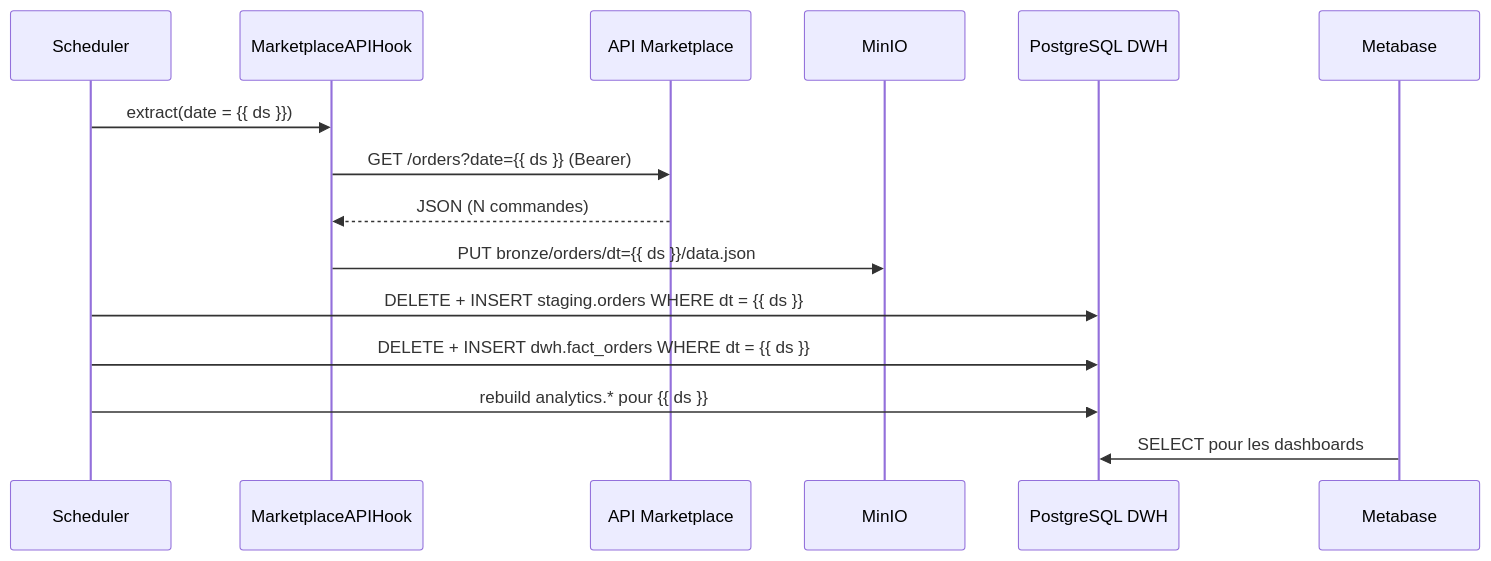
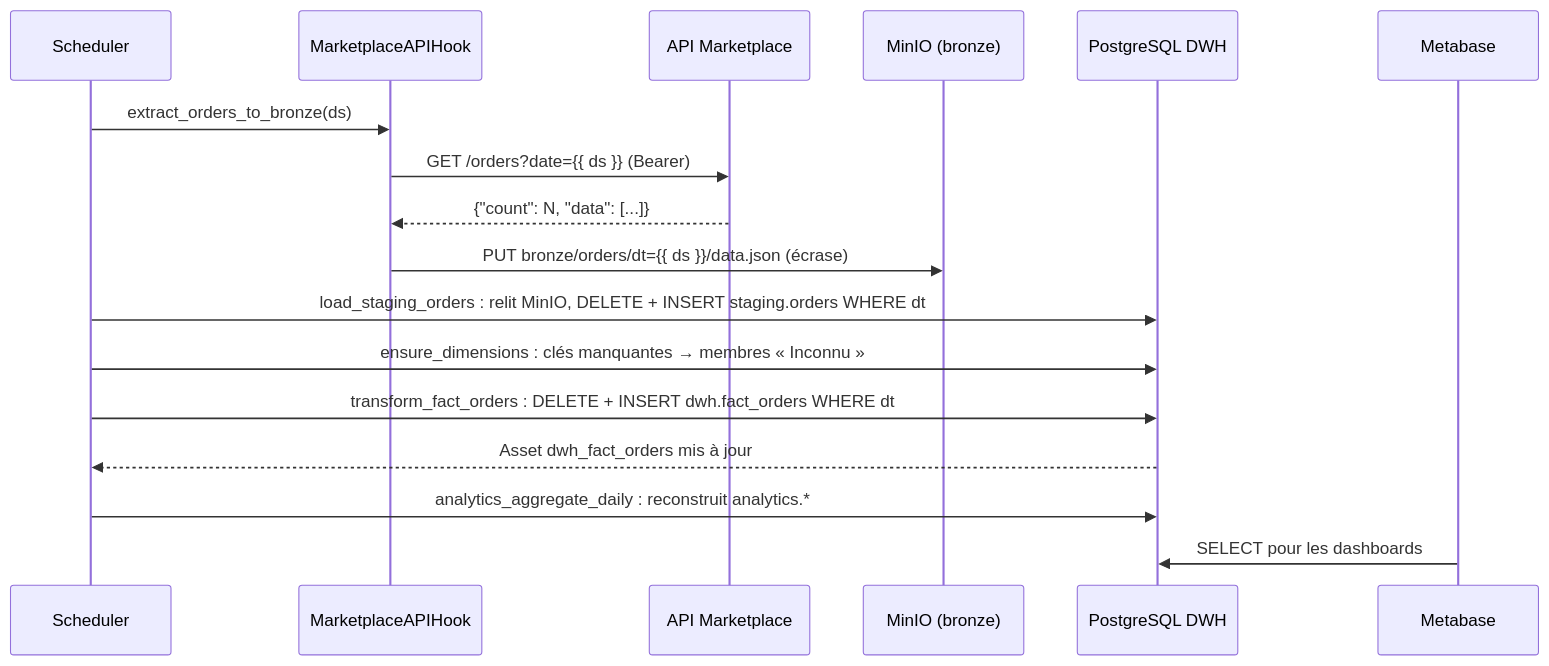
The second of 4 diagrams in README.md (Nassim-Bzr/MarketPlace_Analytics), drawn with Mermaid before and after one commit. The commit also changed other lines of this file and 26 other files, not shown here.

````diff
--- a/README.md
+++ b/README.md
@@ -138,18 +99,20 @@
 ```mermaid
 sequenceDiagram
     participant S as Scheduler
     participant H as MarketplaceAPIHook
     participant A as API Marketplace
-    participant M as MinIO
+    participant M as MinIO (bronze)
     participant P as PostgreSQL DWH
     participant MB as Metabase
 
-    S->>H: extract(date = {{ ds }})
+    S->>H: extract_orders_to_bronze(ds)
     H->>A: GET /orders?date={{ ds }} (Bearer)
-    A-->>H: JSON (N commandes)
-    H->>M: PUT bronze/orders/dt={{ ds }}/data.json
-    S->>P: DELETE + INSERT staging.orders WHERE dt = {{ ds }}
-    S->>P: DELETE + INSERT dwh.fact_orders WHERE dt = {{ ds }}
-    S->>P: rebuild analytics.* pour {{ ds }}
+    A-->>H: {"count": N, "data": [...]}
+    H->>M: PUT bronze/orders/dt={{ ds }}/data.json (écrase)
+    S->>P: load_staging_orders : relit MinIO, DELETE + INSERT staging.orders WHERE dt
+    S->>P: ensure_dimensions : clés manquantes → membres « Inconnu »
+    S->>P: transform_fact_orders : DELETE + INSERT dwh.fact_orders WHERE dt
+    P-->>S: Asset dwh_fact_orders mis à jour
+    S->>P: analytics_aggregate_daily : reconstruit analytics.*
     MB->>P: SELECT pour les dashboards
 ```
````
